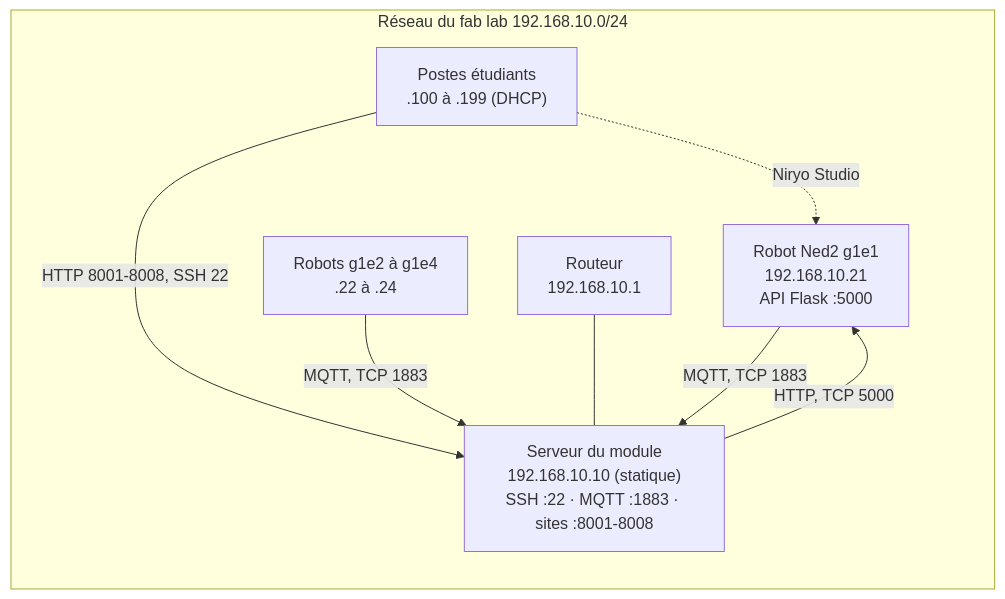
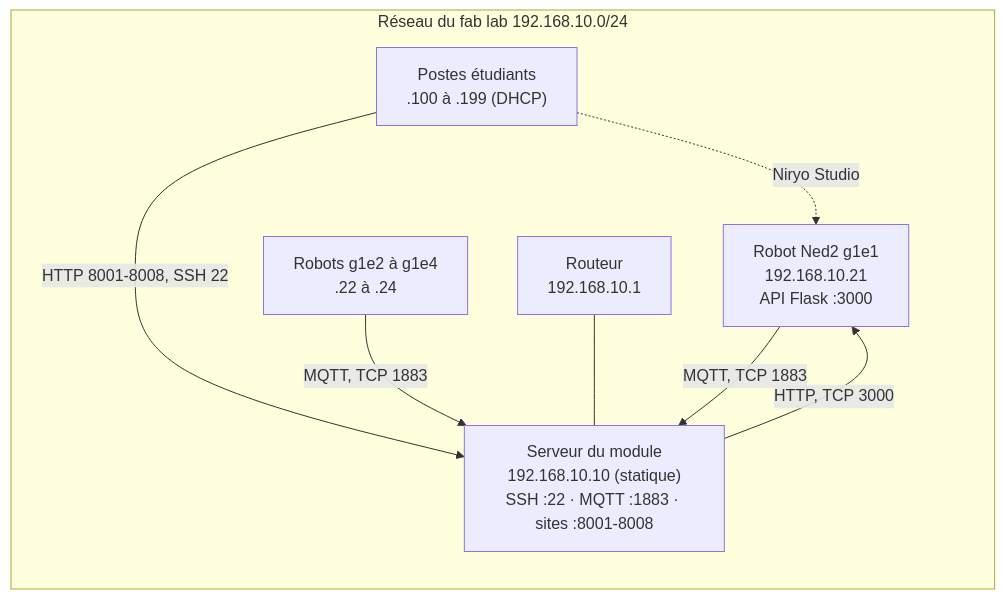
One commit to fabrice1618/niryo2 changed the second of 2 diagrams in cours/reseau_TCP_IP.md. Above: the diagram before and after it, drawn with Mermaid. The commit also changed other lines of this file and 37 other files, not shown here.

First line of the commit message:
Option A : programme process et API sur le robot avec le Python ROS Wrapper

````diff
--- a/cours/reseau_TCP_IP.md
+++ b/cours/reseau_TCP_IP.md
@@ -637,16 +638,16 @@
 ```mermaid
 flowchart LR
     subgraph LAN["Réseau du fab lab 192.168.10.0/24"]
-        R1["Robot Ned2 g1e1<br/>192.168.10.21<br/>API Flask :5000"]
+        R1["Robot Ned2 g1e1<br/>192.168.10.21<br/>API Flask :3000"]
         R2["Robots g1e2 à g1e4<br/>.22 à .24"]
         SRV["Serveur du module<br/>192.168.10.10 (statique)<br/>SSH :22 · MQTT :1883 · sites :8001-8008"]
         PC["Postes étudiants<br/>.100 à .199 (DHCP)"]
         GW["Routeur<br/>192.168.10.1"]
     end
     R1 -- "MQTT, TCP 1883" --> SRV
     R2 -- "MQTT, TCP 1883" --> SRV
-    SRV -- "HTTP, TCP 5000" --> R1
+    SRV -- "HTTP, TCP 3000" --> R1
     PC -- "HTTP 8001-8008, SSH 22" --> SRV
     PC -. "Niryo Studio" .-> R1
     GW --- SRV
 ```
````
